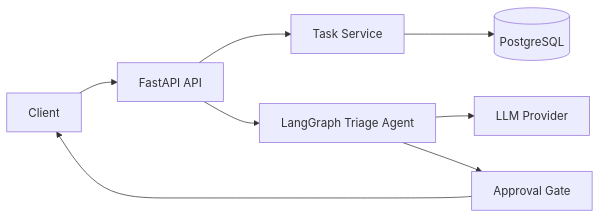
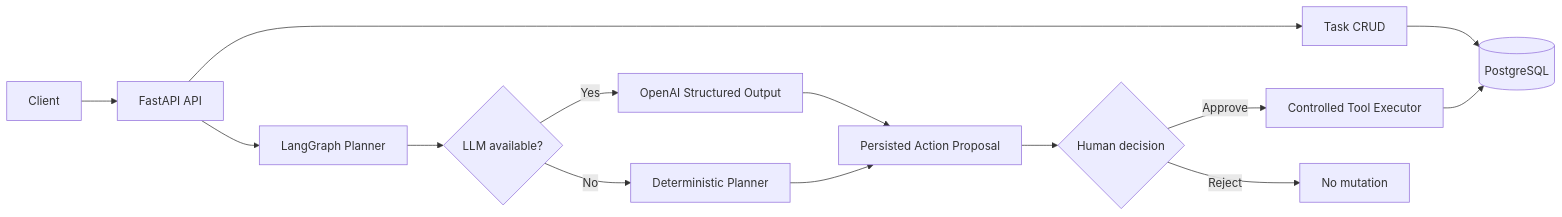
One commit to Twinkkkie/agentdesk-ai changed the diagram in README.md. Above: the diagram before and after it, drawn with Mermaid. The commit also changed other lines of this file, not shown here.

Commit message:
Finalize AgentDesk documentation

````diff
--- a/README.md
+++ b/README.md
@@ -22,10 +26,16 @@
 ```mermaid
 flowchart LR
     Client --> API[FastAPI API]
-    API --> CRUD[Task Service]
-    CRUD --> DB[(PostgreSQL)]
-    API --> Graph[LangGraph Triage Agent]
-    Graph --> LLM[LLM Provider]
-    Graph --> Gate[Approval Gate]
-    Gate --> Client
+    API --> Tasks[Task CRUD]
+    Tasks --> DB[(PostgreSQL)]
+    API --> Graph[LangGraph Planner]
+    Graph --> Provider{LLM available?}
+    Provider -->|Yes| LLM[OpenAI Structured Output]
+    Provider -->|No| Local[Deterministic Planner]
+    LLM --> Proposal[Persisted Action Proposal]
+    Local --> Proposal
+    Proposal --> Gate{Human decision}
+    Gate -->|Approve| Tools[Controlled Tool Executor]
+    Gate -->|Reject| Stop[No mutation]
+    Tools --> DB
 ```
````
